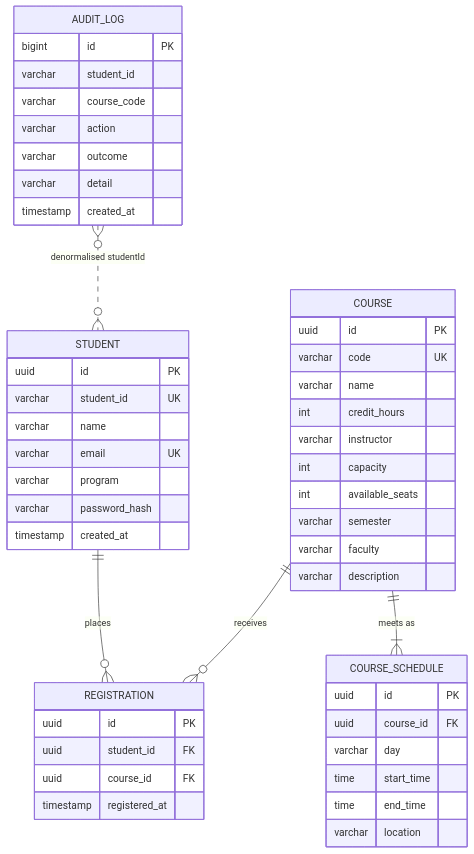
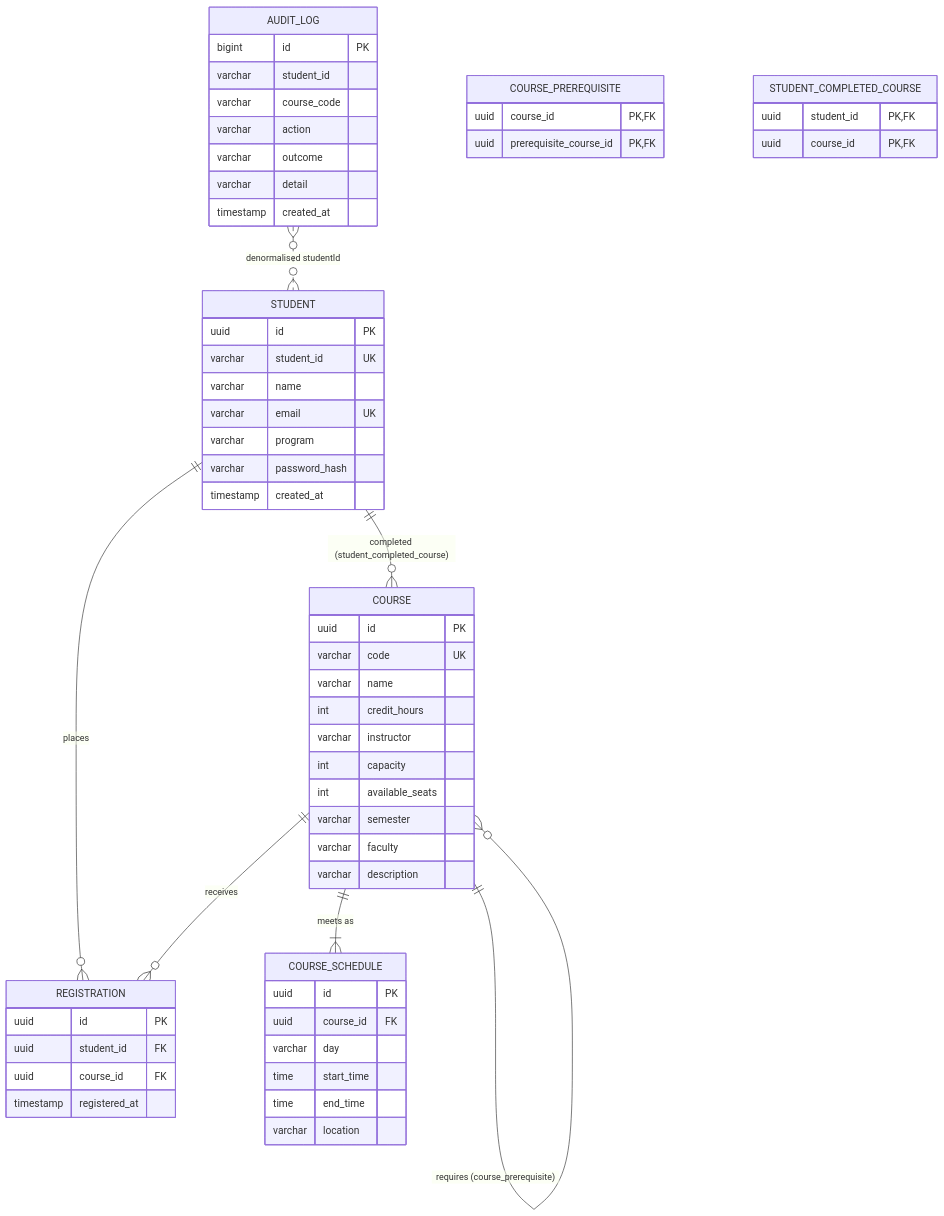
The third of 3 diagrams in docs/specs/00-overview.md (kb-ong/monash-course-registration-system), drawn with Mermaid before and after one commit. The commit also changed other lines of this file and 30 other files, not shown here.

````diff
--- a/docs/specs/00-overview.md
+++ b/docs/specs/00-overview.md
@@ -176,51 +184,61 @@
 ```mermaid
 erDiagram
     STUDENT ||--o{ REGISTRATION : places
     COURSE ||--o{ REGISTRATION : receives
     COURSE ||--|{ COURSE_SCHEDULE : "meets as"
+    COURSE ||--o{ COURSE : "requires (course_prerequisite)"
+    STUDENT ||--o{ COURSE : "completed (student_completed_course)"
     AUDIT_LOG }o..o{ STUDENT : "denormalised studentId"
     STUDENT {
         uuid id PK
         varchar student_id UK
         varchar name
         varchar email UK
         varchar program
         varchar password_hash
         timestamp created_at
     }
     COURSE {
         uuid id PK
         varchar code UK
         varchar name
         int credit_hours
         varchar instructor
         int capacity
         int available_seats
         varchar semester
         varchar faculty
         varchar description
     }
     COURSE_SCHEDULE {
         uuid id PK
         uuid course_id FK
         varchar day
         time start_time
         time end_time
         varchar location
     }
     REGISTRATION {
         uuid id PK
         uuid student_id FK
         uuid course_id FK
         timestamp registered_at
     }
+    COURSE_PREREQUISITE {
+        uuid course_id PK,FK
+        uuid prerequisite_course_id PK,FK
+    }
+    STUDENT_COMPLETED_COURSE {
+        uuid student_id PK,FK
+        uuid course_id PK,FK
+    }
     AUDIT_LOG {
         bigint id PK
         varchar student_id
         varchar course_code
         varchar action
         varchar outcome
         varchar detail
         timestamp created_at
     }
 ```
````
